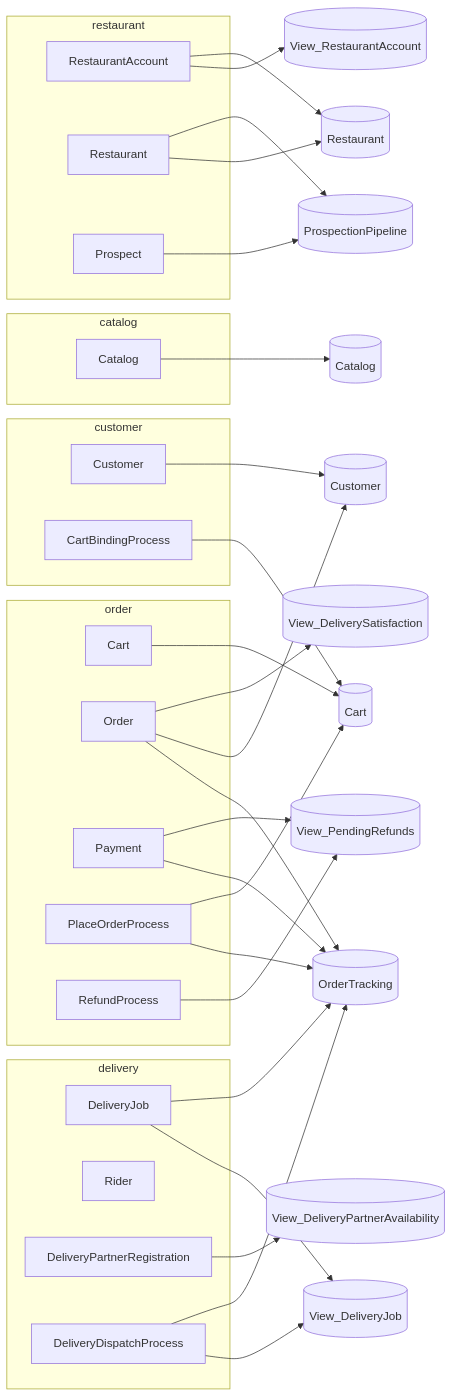
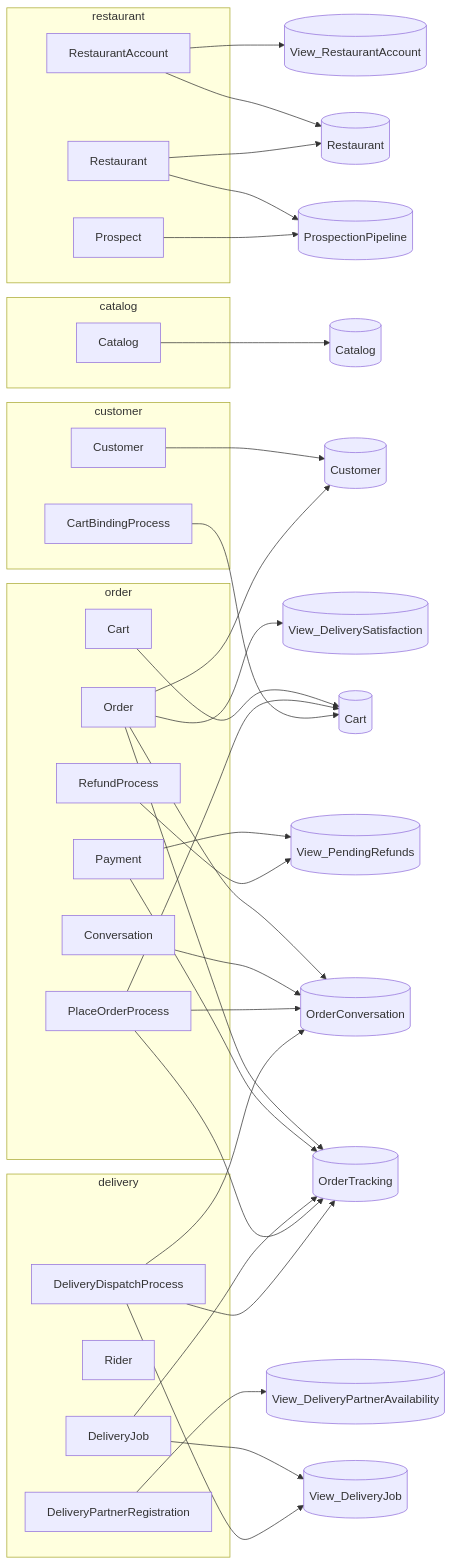
The second of 6 diagrams in specs/generated/c4.generated.md (TheCaptainCompany/captain-food), drawn with Mermaid before and after one commit. The commit also changed 36 other files, not shown here.

First line of the commit message:
feat(#130): Conversation aggregate — in-app order messaging (slice 1)

````diff
--- a/specs/generated/c4.generated.md
+++ b/specs/generated/c4.generated.md
@@ -64,61 +64,67 @@
 ```mermaid
 flowchart LR
   subgraph g_restaurant["restaurant"]
     a_RestaurantAccount["RestaurantAccount"]
     a_Restaurant["Restaurant"]
     a_Prospect["Prospect"]
   end
   subgraph g_catalog["catalog"]
     a_Catalog["Catalog"]
   end
   subgraph g_order["order"]
     a_Cart["Cart"]
     a_Order["Order"]
     a_Payment["Payment"]
+    a_Conversation["Conversation"]
     a_PlaceOrderProcess["PlaceOrderProcess"]
     a_RefundProcess["RefundProcess"]
   end
   subgraph g_customer["customer"]
     a_Customer["Customer"]
     a_CartBindingProcess["CartBindingProcess"]
   end
   subgraph g_delivery["delivery"]
     a_DeliveryJob["DeliveryJob"]
     a_Rider["Rider"]
     a_DeliveryPartnerRegistration["DeliveryPartnerRegistration"]
     a_DeliveryDispatchProcess["DeliveryDispatchProcess"]
   end
   v_View_RestaurantAccount[("View_RestaurantAccount")]
   v_Restaurant[("Restaurant")]
   v_ProspectionPipeline[("ProspectionPipeline")]
   v_View_DeliveryPartnerAvailability[("View_DeliveryPartnerAvailability")]
   v_Catalog[("Catalog")]
   v_Customer[("Customer")]
   v_Cart[("Cart")]
   v_OrderTracking[("OrderTracking")]
+  v_OrderConversation[("OrderConversation")]
   v_View_DeliverySatisfaction[("View_DeliverySatisfaction")]
   v_View_PendingRefunds[("View_PendingRefunds")]
   v_View_DeliveryJob[("View_DeliveryJob")]
   a_RestaurantAccount --> v_View_RestaurantAccount
   a_RestaurantAccount --> v_Restaurant
   a_Restaurant --> v_Restaurant
   a_Restaurant --> v_ProspectionPipeline
   a_Prospect --> v_ProspectionPipeline
   a_DeliveryPartnerRegistration --> v_View_DeliveryPartnerAvailability
   a_Catalog --> v_Catalog
   a_Customer --> v_Customer
   a_Cart --> v_Cart
   a_Order --> v_OrderTracking
+  a_Order --> v_OrderConversation
   a_Order --> v_Customer
   a_Order --> v_View_DeliverySatisfaction
   a_Payment --> v_OrderTracking
   a_Payment --> v_View_PendingRefunds
   a_DeliveryJob --> v_View_DeliveryJob
   a_DeliveryJob --> v_OrderTracking
+  a_Conversation --> v_OrderConversation
   a_PlaceOrderProcess --> v_OrderTracking
+  a_PlaceOrderProcess --> v_OrderConversation
   a_PlaceOrderProcess --> v_Cart
   a_RefundProcess --> v_View_PendingRefunds
   a_CartBindingProcess --> v_Cart
   a_DeliveryDispatchProcess --> v_View_DeliveryJob
   a_DeliveryDispatchProcess --> v_OrderTracking
+  a_DeliveryDispatchProcess --> v_OrderConversation
 ```
````
